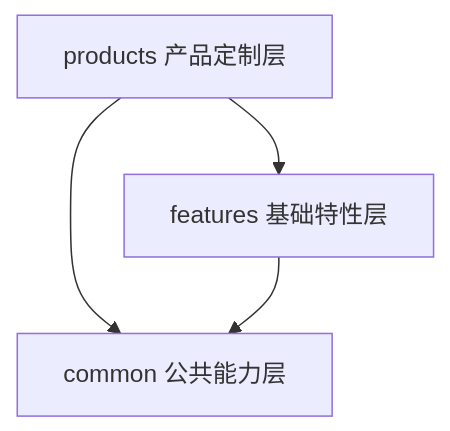
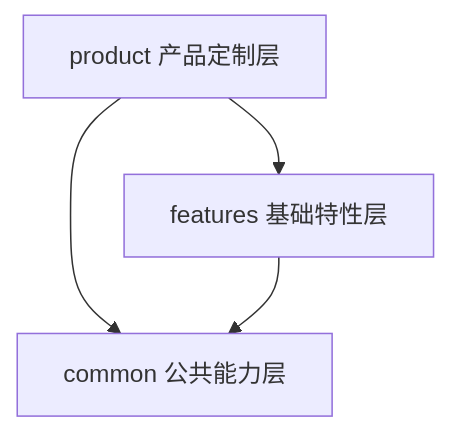
Before and after one commit to yohurm/HarmonyOS-YoWireTools: the first of 2 diagrams in .projectark/1-APP项目开发规范/HarmonyOS/1.2-架构与MVVM规范.md, drawn with Mermaid. The commit also changed other lines of this file and 253 other files, not shown here.

````diff
--- a/.projectark/1-APP项目开发规范/HarmonyOS/1.2-架构与MVVM规范.md
+++ b/.projectark/1-APP项目开发规范/HarmonyOS/1.2-架构与MVVM规范.md
@@ -33,6 +33,6 @@
 ```mermaid
 flowchart TD
-    Products[products 产品定制层] --> Features[features 基础特性层]
+    Products[product 产品定制层] --> Features[features 基础特性层]
     Products --> Common[common 公共能力层]
     Features --> Common
 ```
````
